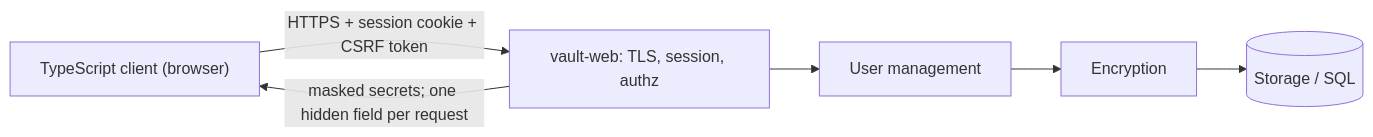
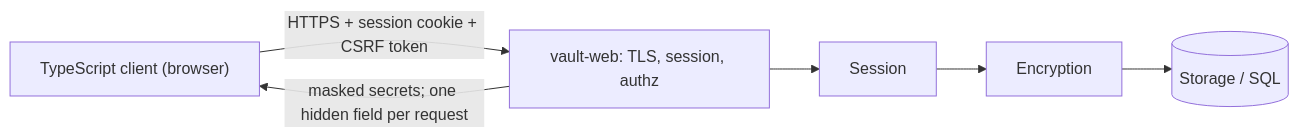
The diagram in web-app-security.md (jevgeni-arefjev/secure-pass-manager), drawn with Mermaid before and after one commit. The commit also changed 8 other files, not shown here.

Commit message:
Renamed user-mgmt to session module. Adjusted crypto schema.

````diff
--- a/web-app-security.md
+++ b/web-app-security.md
@@ -19,6 +19,6 @@
 ```mermaid
 flowchart LR
   TS["TypeScript client (browser)"] -->|"HTTPS + session cookie + CSRF token"| SRV["vault-web: TLS, session, authz"]
-  SRV --> UM[User management] --> ENC[Encryption] --> ST[(Storage / SQL)]
+  SRV --> SE[Session] --> ENC[Encryption] --> ST[(Storage / SQL)]
   SRV -->|"masked secrets; one hidden field per request"| TS
 ```
````
